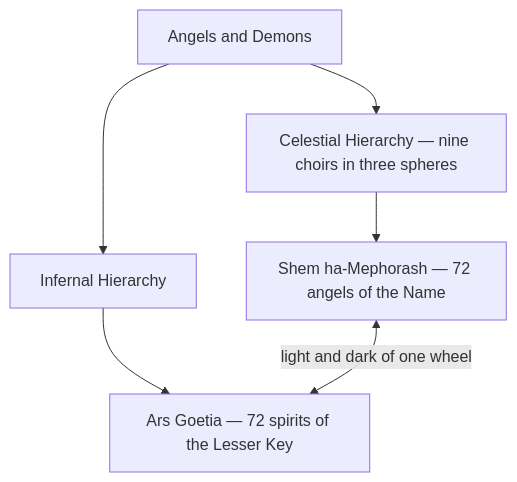
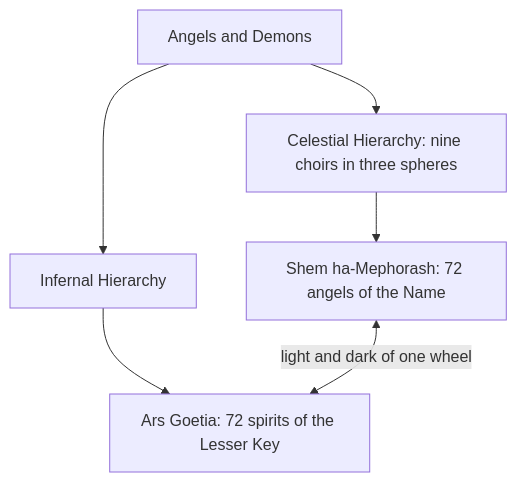
The diagram in data/knowledge/angels-and-demons/index.md (kennethreitz/kennethreitz.org), drawn with Mermaid before and after one commit. The commit also changed other lines of this file and 879 other files, not shown here.

````diff
--- a/data/knowledge/angels-and-demons/index.md
+++ b/data/knowledge/angels-and-demons/index.md
@@ -41,9 +41,9 @@
 ```mermaid
 flowchart TD
     R["Angels and Demons"]
-    R --> C["Celestial Hierarchy — nine choirs in three spheres"]
+    R --> C["Celestial Hierarchy: nine choirs in three spheres"]
     R --> I["Infernal Hierarchy"]
-    C --> SH["Shem ha-Mephorash — 72 angels of the Name"]
-    I --> G["Ars Goetia — 72 spirits of the Lesser Key"]
+    C --> SH["Shem ha-Mephorash: 72 angels of the Name"]
+    I --> G["Ars Goetia: 72 spirits of the Lesser Key"]
     SH <-->|"light and dark of one wheel"| G
 ```
````
